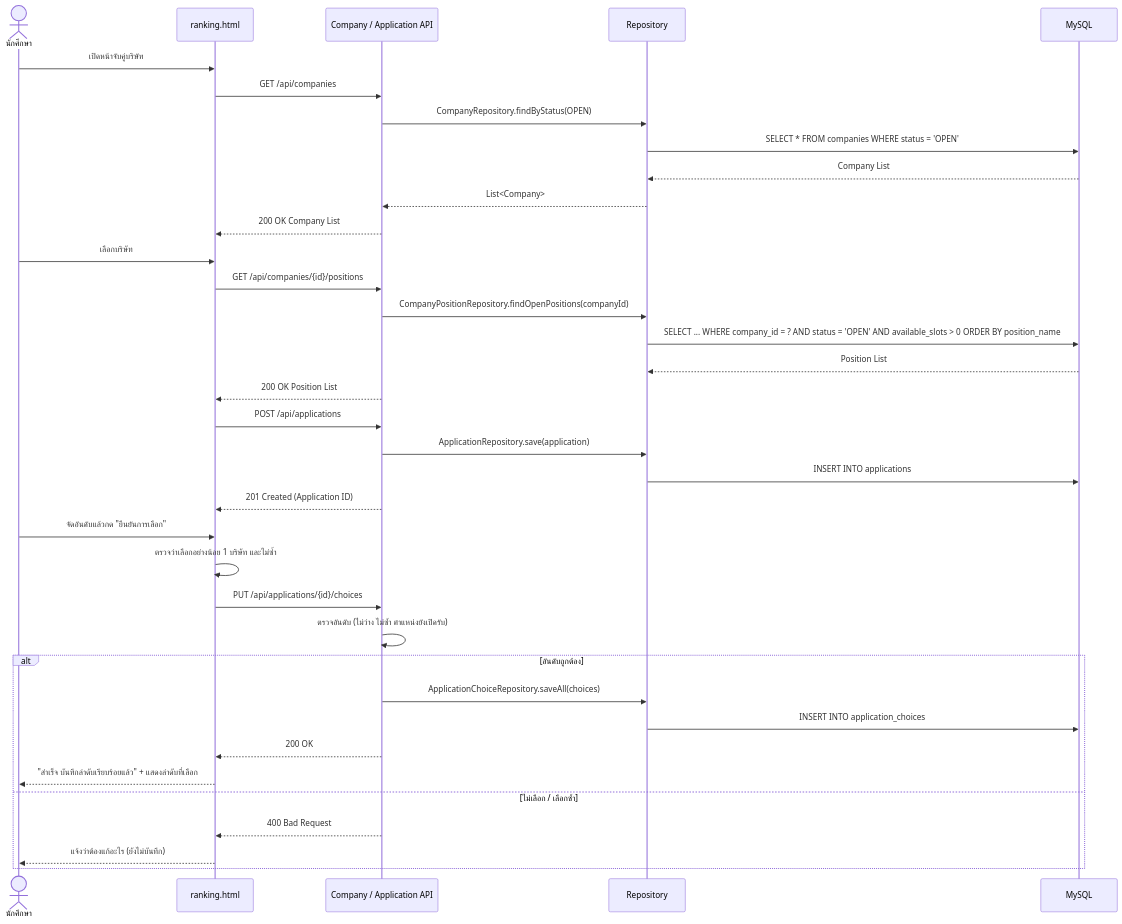
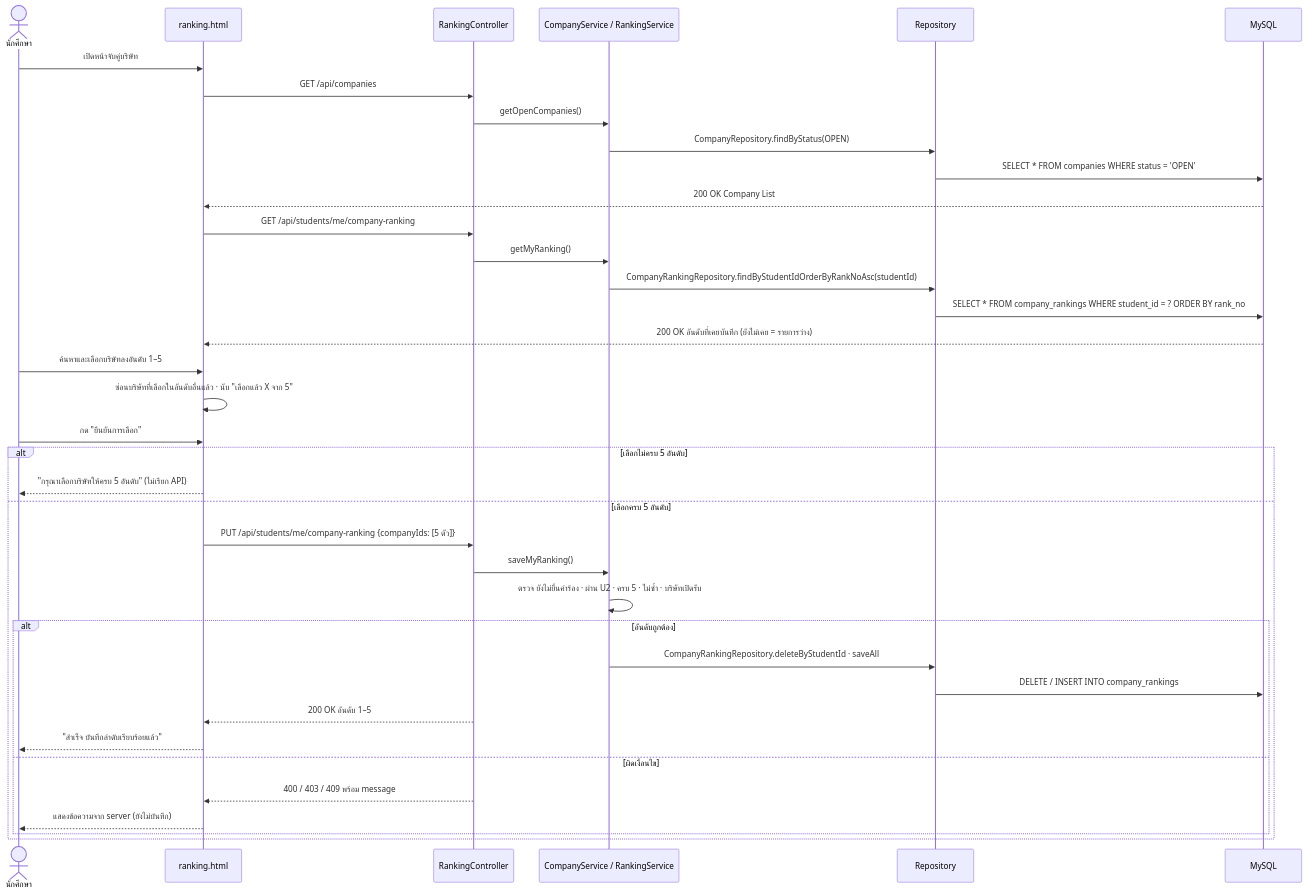
Before and after one commit to Pe3pro/CS261-Group9: the first of 3 diagrams in .doc/UserStory/U4/T6.md, drawn with Mermaid. The commit also changed other lines of this file and 21 other files, not shown here.

````diff
--- a/.doc/UserStory/U4/T6.md
+++ b/.doc/UserStory/U4/T6.md
@@ -26,42 +22,42 @@
 ```mermaid
 sequenceDiagram
     actor Student as นักศึกษา
     participant UI as ranking.html
-    participant API as Company / Application API
+    participant API as RankingController
+    participant SVC as CompanyService / RankingService
     participant DAO as Repository
     participant DB as MySQL
 
     Student->>UI: เปิดหน้าจับคู่บริษัท
     UI->>API: GET /api/companies
-    API->>DAO: CompanyRepository.findByStatus(OPEN)
+    API->>SVC: getOpenCompanies()
+    SVC->>DAO: CompanyRepository.findByStatus(OPEN)
     DAO->>DB: SELECT * FROM companies WHERE status = 'OPEN'
-    DB-->>DAO: Company List
-    DAO-->>API: List<Company>
-    API-->>UI: 200 OK Company List
+    DB-->>UI: 200 OK Company List
+    UI->>API: GET /api/students/me/company-ranking
+    API->>SVC: getMyRanking()
+    SVC->>DAO: CompanyRankingRepository.findByStudentIdOrderByRankNoAsc(studentId)
+    DAO->>DB: SELECT * FROM company_rankings WHERE student_id = ? ORDER BY rank_no
+    DB-->>UI: 200 OK อันดับที่เคยบันทึก (ยังไม่เคย = รายการว่าง)
 
-    Student->>UI: เลือกบริษัท
-    UI->>API: GET /api/companies/{id}/positions
-    API->>DAO: CompanyPositionRepository.findOpenPositions(companyId)
-    DAO->>DB: SELECT ... WHERE company_id = ? AND status = 'OPEN' AND available_slots > 0 ORDER BY position_name
-    DB-->>DAO: Position List
-    API-->>UI: 200 OK Position List
+    Student->>UI: ค้นหาและเลือกบริษัทลงอันดับ 1–5
+    UI->>UI: ซ่อนบริษัทที่เลือกในอันดับอื่นแล้ว · นับ "เลือกแล้ว X จาก 5"
 
-    UI->>API: POST /api/applications
-    API->>DAO: ApplicationRepository.save(application)
-    DAO->>DB: INSERT INTO applications
-    API-->>UI: 201 Created (Application ID)
-
-    Student->>UI: จัดอันดับแล้วกด "ยืนยันการเลือก"
-    UI->>UI: ตรวจว่าเลือกอย่างน้อย 1 บริษัท และไม่ซ้ำ
-    UI->>API: PUT /api/applications/{id}/choices
-    API->>API: ตรวจอันดับ (ไม่ว่าง ไม่ซ้ำ ตำแหน่งยังเปิดรับ)
-    alt อันดับถูกต้อง
-        API->>DAO: ApplicationChoiceRepository.saveAll(choices)
-        DAO->>DB: INSERT INTO application_choices
-        API-->>UI: 200 OK
-        UI-->>Student: "สำเร็จ บันทึกลำดับเรียบร้อยแล้ว" + แสดงลำดับที่เลือก
-    else ไม่เลือก / เลือกซ้ำ
-        API-->>UI: 400 Bad Request
-        UI-->>Student: แจ้งว่าต้องแก้อะไร (ยังไม่บันทึก)
+    Student->>UI: กด "ยืนยันการเลือก"
+    alt เลือกไม่ครบ 5 อันดับ
+        UI-->>Student: "กรุณาเลือกบริษัทให้ครบ 5 อันดับ" (ไม่เรียก API)
+    else เลือกครบ 5 อันดับ
+        UI->>API: PUT /api/students/me/company-ranking {companyIds: [5 ตัว]}
+        API->>SVC: saveMyRanking()
+        SVC->>SVC: ตรวจ ยังไม่ยื่นคำร้อง · ผ่าน U2 · ครบ 5 · ไม่ซ้ำ · บริษัทเปิดรับ
+        alt อันดับถูกต้อง
+            SVC->>DAO: CompanyRankingRepository.deleteByStudentId · saveAll
+            DAO->>DB: DELETE / INSERT INTO company_rankings
+            API-->>UI: 200 OK อันดับ 1–5
+            UI-->>Student: "สำเร็จ บันทึกลำดับเรียบร้อยแล้ว"
+        else ผิดเงื่อนไข
+            API-->>UI: 400 / 403 / 409 พร้อม message
+            UI-->>Student: แสดงข้อความจาก server (ยังไม่บันทึก)
+        end
     end
 ```
````
